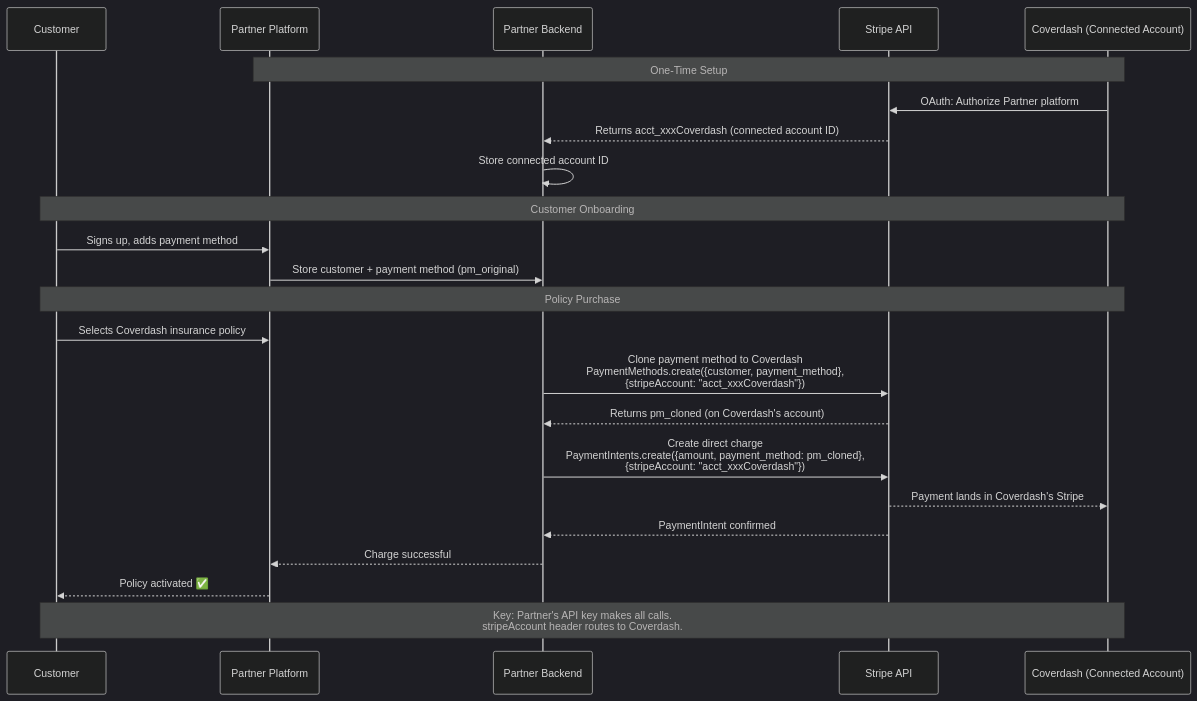
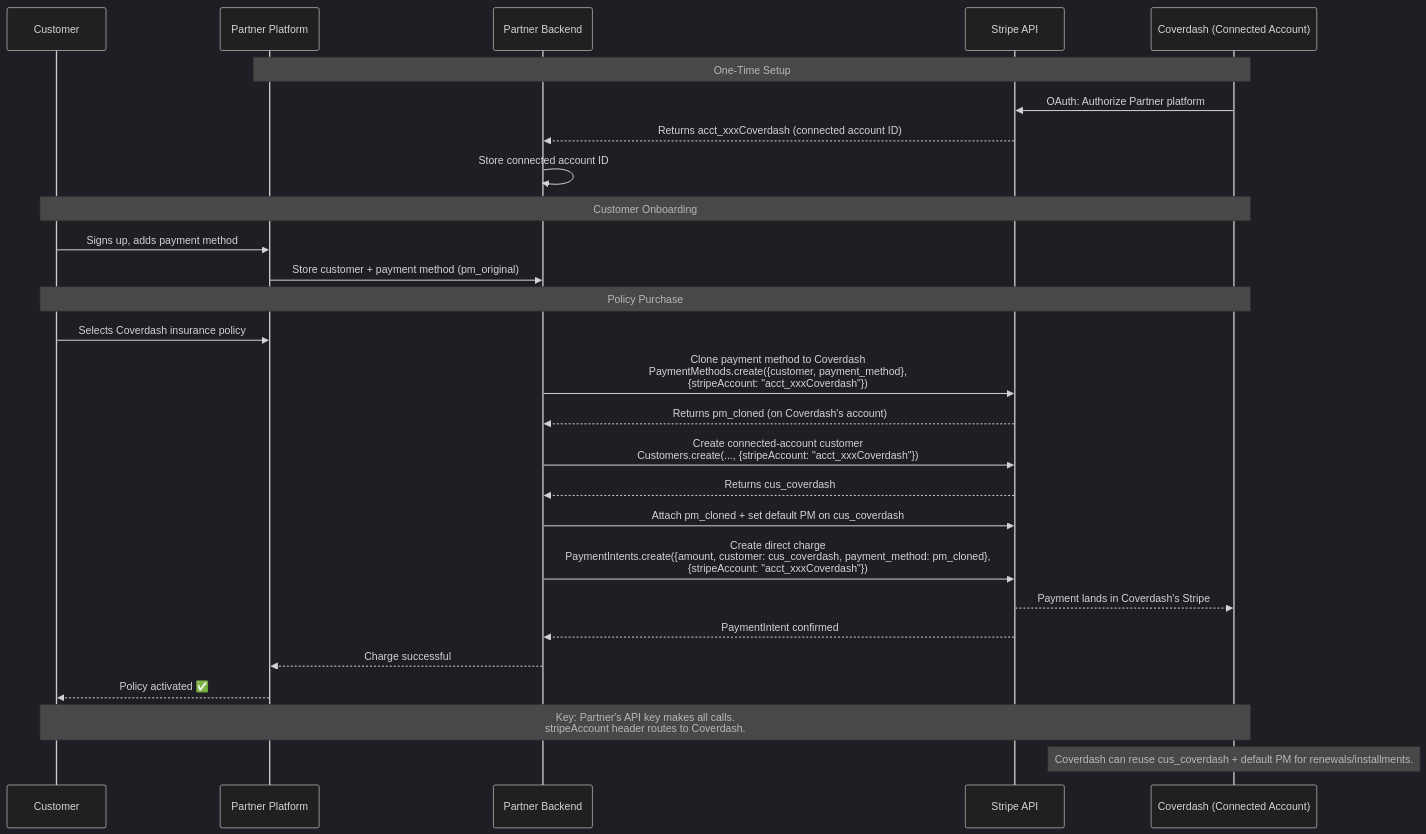
Before and after one commit to coverdash/stripe-connect-nextjs-example: the second of 2 diagrams in README.md, drawn with Mermaid (dark theme). The commit also changed other lines of this file and 9 other files, not shown here.

Commit message:
Update direct charge flow to create reusable connected-account customer

````diff
--- a/README.md
+++ b/README.md
@@ -155,31 +155,36 @@
 ```mermaid
 sequenceDiagram
     participant Customer as Customer
     participant Partner as Partner Platform
     participant PartnerAPI as Partner Backend
     participant Stripe as Stripe API
     participant Coverdash as Coverdash (Connected Account)
 
     Note over Coverdash,Partner: One-Time Setup
     Coverdash->>Stripe: OAuth: Authorize Partner platform
     Stripe-->>PartnerAPI: Returns acct_xxxCoverdash (connected account ID)
     PartnerAPI->>PartnerAPI: Store connected account ID
 
     Note over Customer,Coverdash: Customer Onboarding
     Customer->>Partner: Signs up, adds payment method
     Partner->>PartnerAPI: Store customer + payment method (pm_original)
 
     Note over Customer,Coverdash: Policy Purchase
     Customer->>Partner: Selects Coverdash insurance policy
     PartnerAPI->>Stripe: Clone payment method to Coverdash<br/>PaymentMethods.create({customer, payment_method},<br/>{stripeAccount: "acct_xxxCoverdash"})
     Stripe-->>PartnerAPI: Returns pm_cloned (on Coverdash's account)
 
-    PartnerAPI->>Stripe: Create direct charge<br/>PaymentIntents.create({amount, payment_method: pm_cloned},<br/>{stripeAccount: "acct_xxxCoverdash"})
+    PartnerAPI->>Stripe: Create connected-account customer<br/>Customers.create(..., {stripeAccount: "acct_xxxCoverdash"})
+    Stripe-->>PartnerAPI: Returns cus_coverdash
+    PartnerAPI->>Stripe: Attach pm_cloned + set default PM on cus_coverdash
+
+    PartnerAPI->>Stripe: Create direct charge<br/>PaymentIntents.create({amount, customer: cus_coverdash, payment_method: pm_cloned},<br/>{stripeAccount: "acct_xxxCoverdash"})
     Stripe-->>Coverdash: Payment lands in Coverdash's Stripe
     Stripe-->>PartnerAPI: PaymentIntent confirmed
 
     PartnerAPI-->>Partner: Charge successful
     Partner-->>Customer: Policy activated ✅
 
     Note over Customer,Coverdash: Key: Partner's API key makes all calls.<br/>stripeAccount header routes to Coverdash.
+    Note over Coverdash: Coverdash can reuse cus_coverdash + default PM for renewals/installments.
 ```
````
